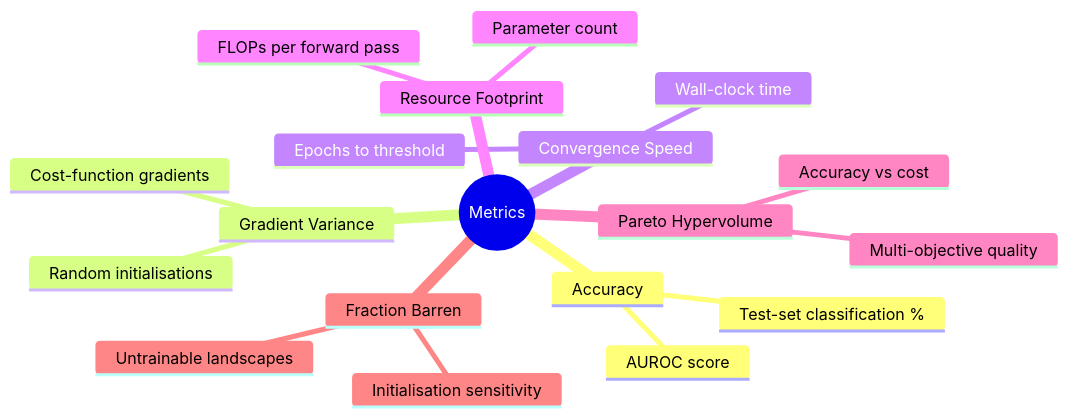
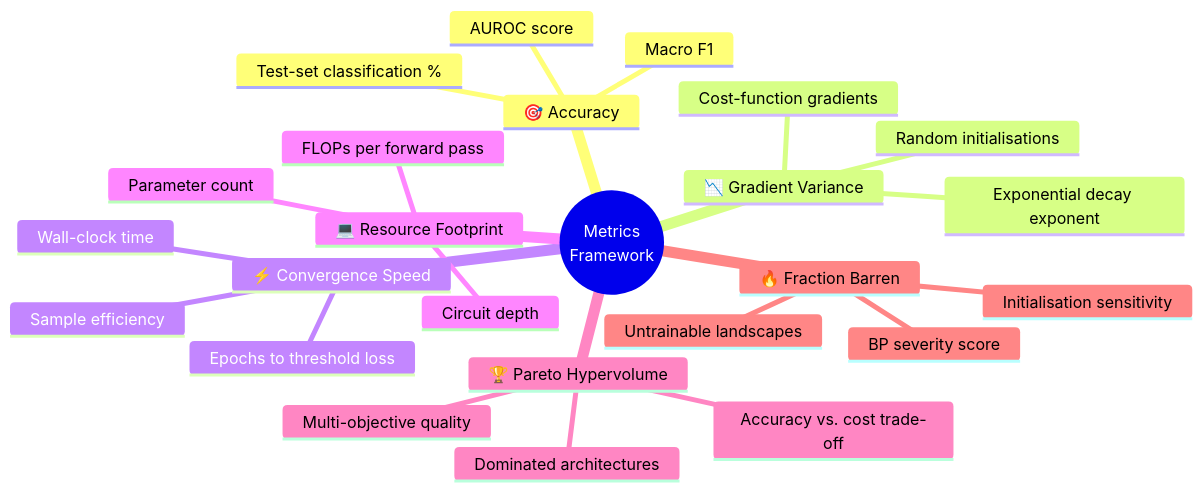
Before and after one commit to NullLabTests/pennylane-agent-hypotheses: the third of 4 diagrams in README.md, drawn with Mermaid. The commit also changed other lines of this file, not shown here.

Commit message:
Polish README: detailed hypothesis catalog with attributes per H1-H5, experiment pipeline flow, how-to-read guide, references table

````diff
--- a/README.md
+++ b/README.md
@@ -100,22 +172,28 @@
 ```mermaid
 mindmap
-  root((Metrics))
-    Accuracy
+  root((Metrics<br/>Framework))
+    🎯 Accuracy
       Test-set classification %
       AUROC score
-    Gradient Variance
+      Macro F1
+    📉 Gradient Variance
       Cost-function gradients
       Random initialisations
-    Convergence Speed
-      Epochs to threshold
+      Exponential decay exponent
+    ⚡ Convergence Speed
+      Epochs to threshold loss
       Wall-clock time
-    Resource Footprint
+      Sample efficiency
+    💻 Resource Footprint
       FLOPs per forward pass
       Parameter count
-    Pareto Hypervolume
+      Circuit depth
+    🏆 Pareto Hypervolume
       Multi-objective quality
-      Accuracy vs cost
-    Fraction Barren
+      Accuracy vs. cost trade-off
+      Dominated architectures
+    🔥 Fraction Barren
       Untrainable landscapes
       Initialisation sensitivity
+      BP severity score
 ```
````
